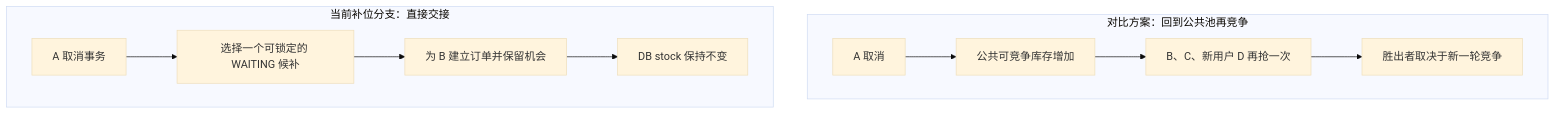
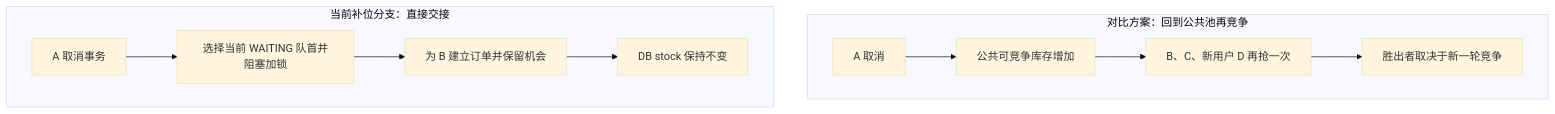
The fourth of 11 diagrams in 03-候补调度与资源交接.md (SyH-101/citypass-platform), drawn with Mermaid (base theme) before and after one commit. The commit also changed other lines of this file and 1 other file, not shown here.

````diff
--- a/03-候补调度与资源交接.md
+++ b/03-候补调度与资源交接.md
@@ -376,13 +394,13 @@
 ```mermaid
 flowchart TD
     subgraph reopen["对比方案：回到公共池再竞争"]
         A[A 取消] --> P[公共可竞争库存增加]
         P --> R[B、C、新用户 D 再抢一次]
         R --> X[胜出者取决于新一轮竞争]
     end
     subgraph handoff["当前补位分支：直接交接"]
-        O[A 取消事务] --> Q[选择一个可锁定的 WAITING 候补]
+        O[A 取消事务] --> Q[选择当前 WAITING 队首并阻塞加锁]
         Q --> B[为 B 建立订单并保留机会]
         B --> K[DB stock 保持不变]
     end
 ```
````
